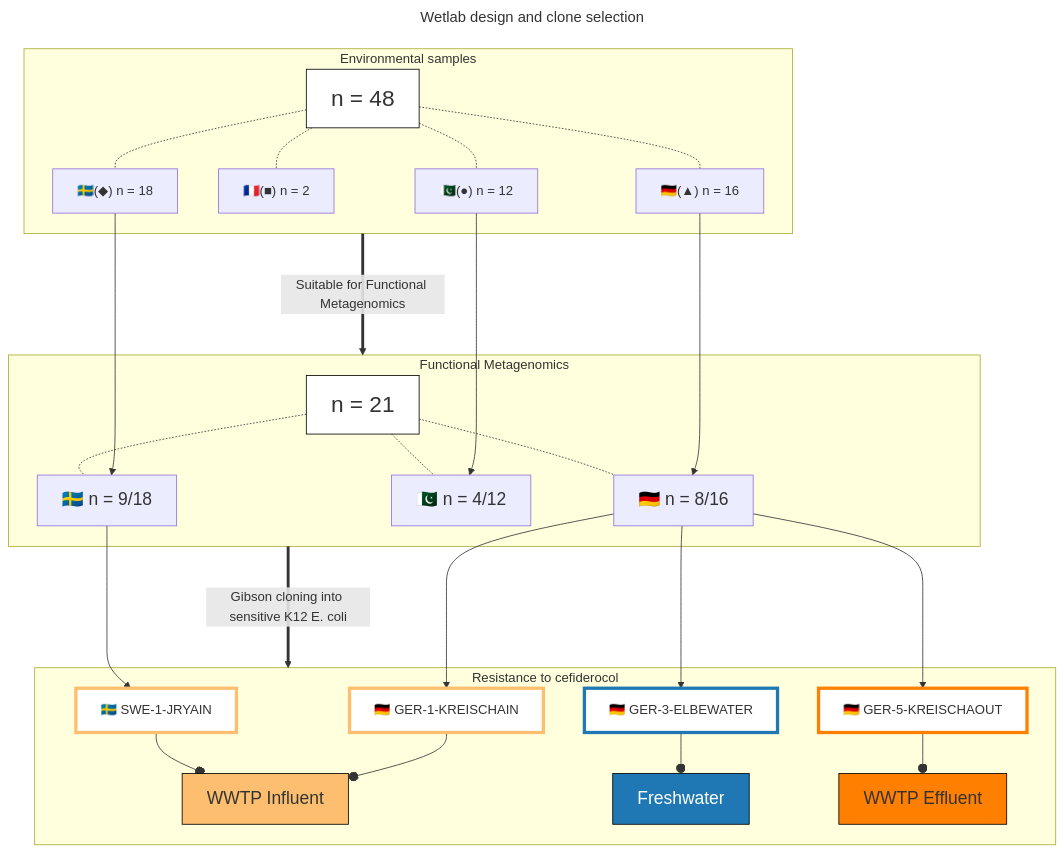
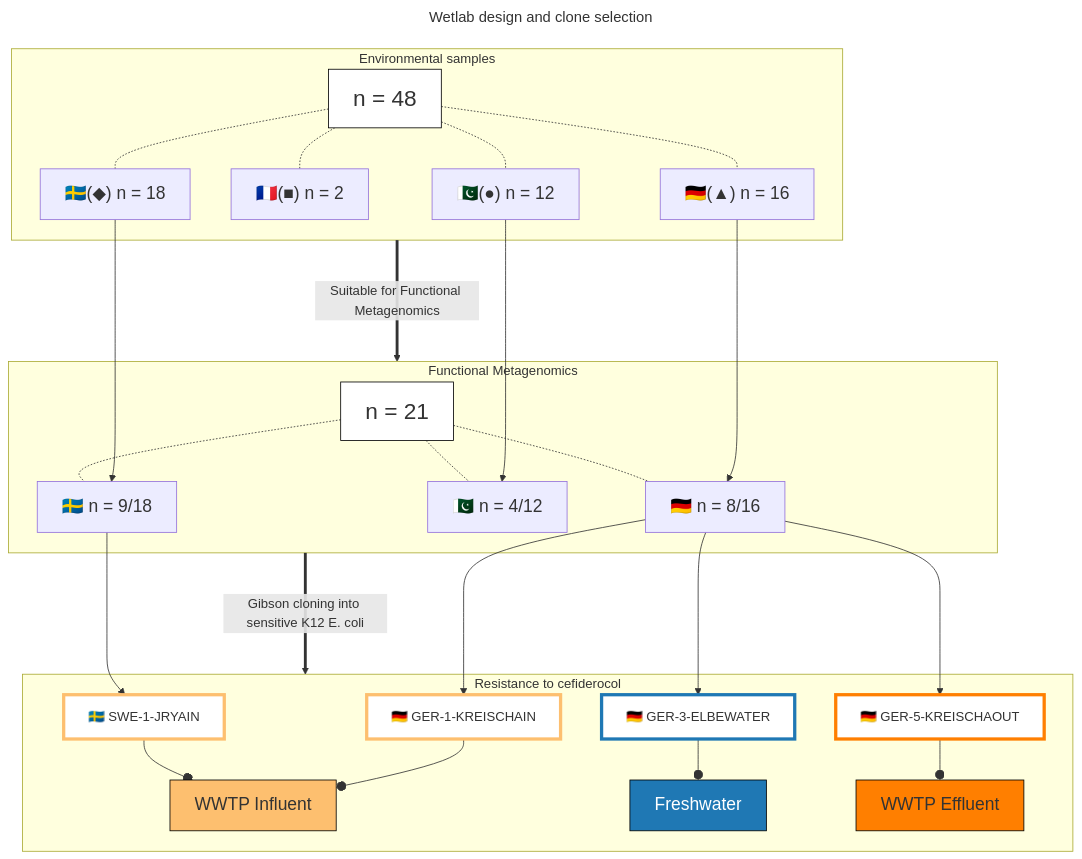
Before and after one commit to RemiGSC/Mgf_FDC: the first of 2 diagrams in README.md, drawn with Mermaid.

````diff
--- a/README.md
+++ b/README.md
@@ -9,58 +9,62 @@
 ```mermaid
 ---
 title: Wetlab design and clone selection
 ---
 flowchart TD
 	subgraph ev [Environmental samples]
 		A[n = 48] -.- A1["🇸🇪(◆) n = 18"]
 		A -.- A2["🇫🇷(■) n = 2"]
 		A -.- A3["🇩🇪(▲) n = 16"]
 		A -.- A4["🇵🇰(●) n = 12"]
 	end
 
 	subgraph fmg [Functional Metagenomics]
 		B[n = 21] -.- B1[🇸🇪 n = 9/18]
 		B -.- B3[🇩🇪 n = 8/16]
 		B -.- B4[🇵🇰 n = 4/12]
 	end
 
 	subgraph Rcef [Resistance to cefiderocol]
 			C1[🇸🇪 SWE-1-JRYAIN] --o WWIN[WWTP Influent]
 			C3a[🇩🇪 GER-1-KREISCHAIN] --o WWIN[WWTP Influent]
 			C3b[🇩🇪 GER-3-ELBEWATER] --o Fresh[Freshwater]
 			C3c[🇩🇪 GER-5-KREISCHAOUT] --o WWEF[WWTP Effluent]
 	end
 
 
 ev ==>|Suitable for Functional Metagenomics| fmg
 
 fmg ==>|Gibson cloning into sensitive K12 E. coli| Rcef
 
 A1 ----> B1
 A3 ----> B3
 A4 ----> B4
 
 B1 ---> C1
 B3 ---> C3a
 B3 ---> C3b
 B3 ---> C3c
 
 style A stroke:#000,fill:#fff,font-size:120%
 style B stroke:#000,fill:#fff,font-size:120%
 
+
+style A1 font-size:110%
+style A2 font-size:110%
+style A3 font-size:110%
+style A4 font-size:110%
 style B1 font-size:110%
 style B3 font-size:110%
 style B4 font-size:110%
-
 
 style C1 stroke:#fdbf6f,fill:#fff,stroke-width:4px
 style C3a stroke:#fdbf6f,fill:#fff,stroke-width:4px
 style C3b stroke:#1f78b4,fill:#fff,stroke-width:4px
 style C3c stroke:#ff7f00,fill:#fff,stroke-width:4px
 
 style WWIN stroke:#000,fill:#fdbf6f,font-size:110%
 style Fresh stroke:#000,fill:#1f78b4,color:#fff,font-size:110%
 style WWEF stroke:#000,fill:#ff7f00,font-size:110%
 
 
 ```
````
